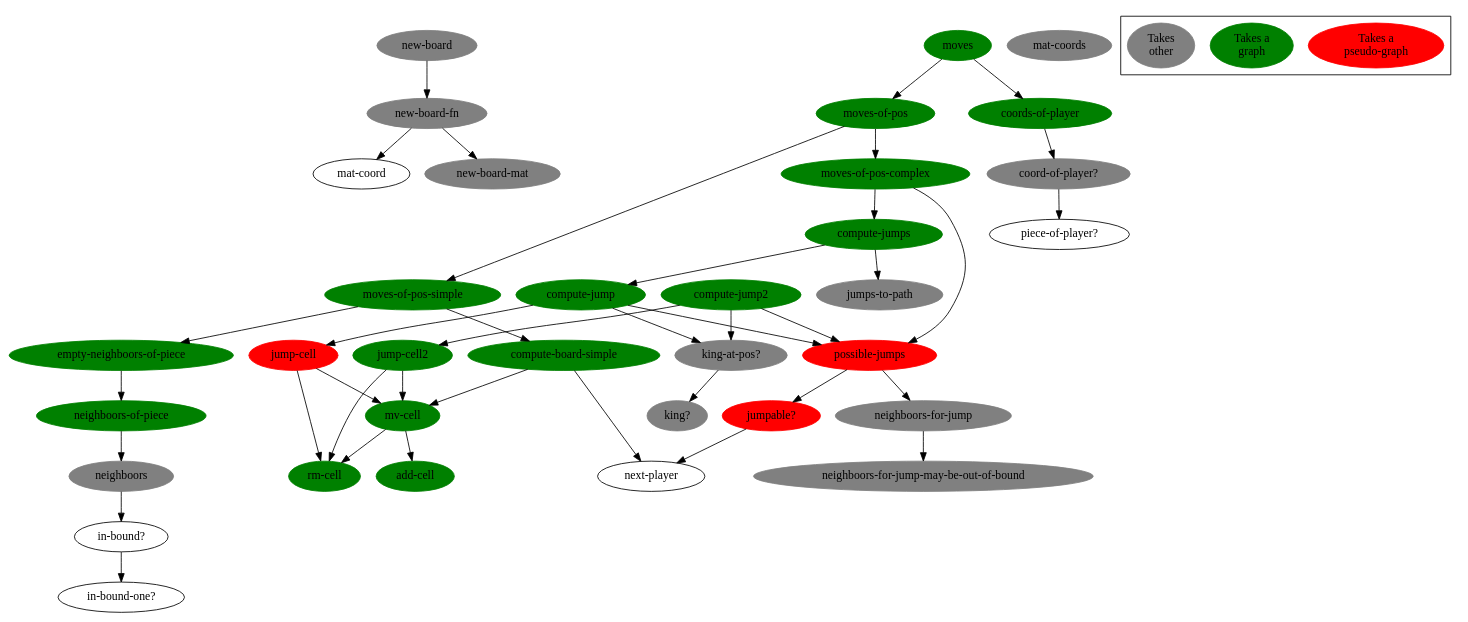
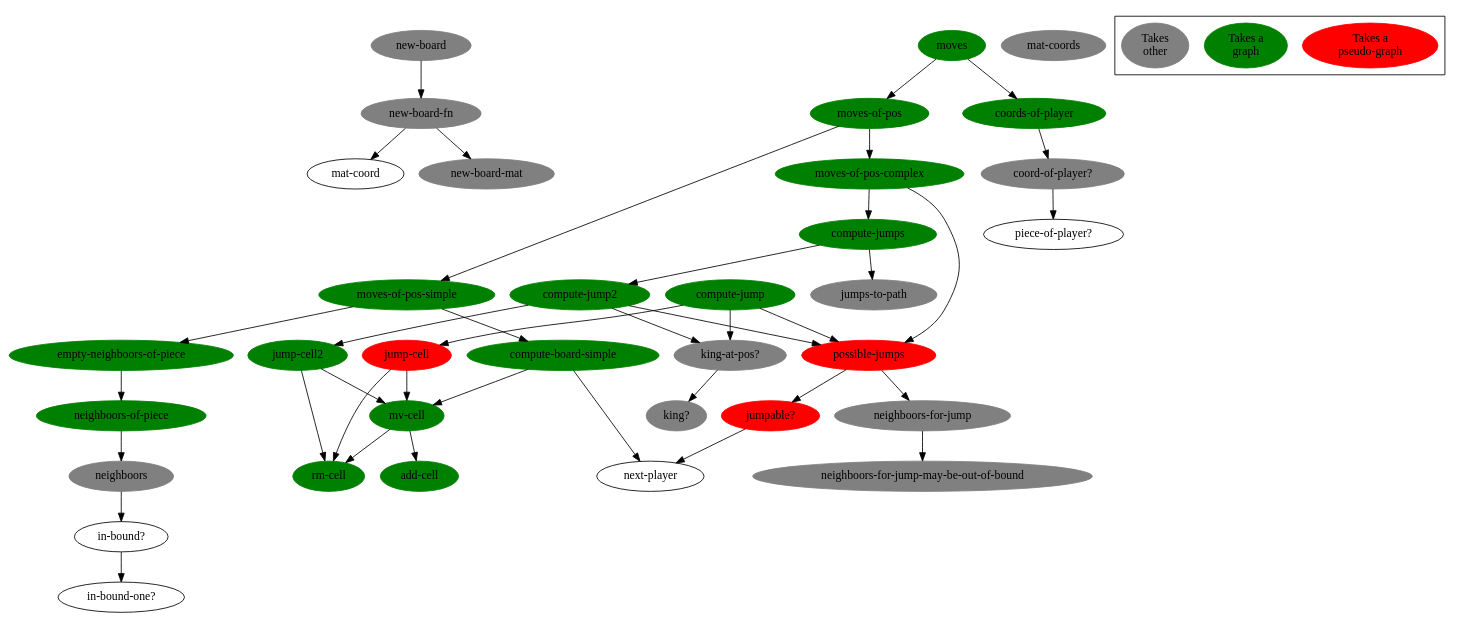
Before and after one commit to denlab/clojure-plays-checkers: the diagram in doc/function-graph-detailled.dot, drawn with Graphviz. The commit also changed 1 other file, not shown here.

Commit message:
refacto-in-progress: branched compute-jumps on compute-jump2, next step: remove compute-jump and jump-cell

```diff
--- a/doc/function-graph-detailled.dot
+++ b/doc/function-graph-detailled.dot
@@ -1,123 +1,123 @@
 digraph funtions {
 
 /******************************************************************************
  *                         edges                                              *         
  ******************************************************************************/
 
         "new-board-fn" -> "mat-coord";
         "new-board-fn" -> "new-board-mat";
         
         "new-board" -> "new-board-fn";
 
         "in-bound?" -> "in-bound-one?";
 
         "neighboors" -> "in-bound?";
 
         "neighboors-of-piece" -> "neighboors";
 
         "empty-neighboors-of-piece" -> "neighboors-of-piece";
 
         "mv-cell" -> "rm-cell";
         "mv-cell" -> "add-cell";
 
         "compute-board-simple" -> "mv-cell";
         "compute-board-simple" -> "next-player";
 
         "moves-of-pos-simple" -> "compute-board-simple";
         "moves-of-pos-simple" ->  "empty-neighboors-of-piece";
         
         "neighboors-for-jump" -> "neighboors-for-jump-may-be-out-of-bound";
 
         "jumpable?" -> "next-player";
 
         "possible-jumps" -> "jumpable?";
         "possible-jumps" -> "neighboors-for-jump";
 
         "jump-cell" -> "rm-cell";
         "jump-cell" -> "mv-cell";
 
         "jump-cell2" -> "rm-cell";
         "jump-cell2" -> "mv-cell";
 
         "king-at-pos?" -> "king?";
 
         "compute-jump" -> "jump-cell";
         "compute-jump" -> "possible-jumps";
         "compute-jump" -> "king-at-pos?";
 
         "compute-jump2" -> "jump-cell2";
         "compute-jump2" -> "possible-jumps";
         "compute-jump2" -> "king-at-pos?";
 
-        "compute-jumps" -> "compute-jump";
+        "compute-jumps" -> "compute-jump2";
         "compute-jumps" -> "jumps-to-path";
 
         "moves-of-pos-complex" -> "compute-jumps";
         "moves-of-pos-complex" -> "possible-jumps";
 
         "moves-of-pos" -> "moves-of-pos-simple";
         "moves-of-pos" -> "moves-of-pos-complex";
 
         "coord-of-player?" -> "piece-of-player?";
 
         "coords-of-player" -> "coord-of-player?";
 
         "moves" -> "moves-of-pos";
         "moves" -> "coords-of-player";
 
 /******************************************************************************
  *                         nodes                                              *         
  ******************************************************************************/
 
         "moves"[bgcolor=green color=green style=filled];
         "coords-of-player"[bgcolor=green color=green style=filled];
         "moves-of-pos"[bgcolor=green color=green style=filled];
         "moves-of-pos-complex"[bgcolor=green color=green style=filled];
         "moves-of-pos-simple"[bgcolor=green color=green style=filled];
         "compute-board-simple"[bgcolor=green color=green style=filled];
         "mv-cell"[bgcolor=green color=green style=filled];
         "add-cell"[bgcolor=green color=green style=filled];
         "rm-cell"[bgcolor=green color=green style=filled];
         "empty-neighboors-of-piece"[bgcolor=green color=green style=filled];
         "neighboors-of-piece"[bgcolor=green color=green style=filled];
 
         "compute-jump"[bgcolor=green color=green style=filled];
 
         "compute-jump2"[bgcolor=green color=green style=filled];
 
         "jump-cell"[bgcolor=red color=red style=filled];
         "jump-cell2"[bgcolor=green color=green style=filled];
         "possible-jumps"[bgcolor=red color=red style=filled];
         "jumpable?"[bgcolor=red color=red style=filled];
 
         "coord-of-player?"[bgcolor=grey color=grey style=filled];
         "jumps-to-path"[bgcolor=grey color=grey style=filled];
         "king-at-pos?"[bgcolor=grey color=grey style=filled];
         "king?"[bgcolor=grey color=grey style=filled];
         "neighboors-for-jump"[bgcolor=grey color=grey style=filled];
         "neighboors-for-jump-may-be-out-of-bound"[bgcolor=grey color=grey style=filled];
         "neighboors"[bgcolor=grey color=grey style=filled];
         "new-board"[bgcolor=grey color=grey style=filled];
         "new-board-fn"[bgcolor=grey color=grey style=filled];
         "new-board-mat"[bgcolor=grey color=grey style=filled];
         "mat-coords"[bgcolor=grey color=grey style=filled];
 
 
         "compute-jumps"[bgcolor=green color=green style=filled];
 
 /******************************************************************************
  *                         legend                                             *         
  ******************************************************************************/
 
         "Takes a\npseudo-graph"[bgcolor=red color=red style=filled];
         "Takes a\ngraph"[bgcolor=green color=green style=filled];
 //        "Takes\nother"[bgcolor="#94003f" color="#94003f" style=filled];
         "Takes\nother"[bgcolor=grey color=grey style=filled];
 
         subgraph "cluster-legend" {
                 "Takes a\npseudo-graph";
                 "Takes a\ngraph";
                 "Takes\nother";
         }
 
 }
```
